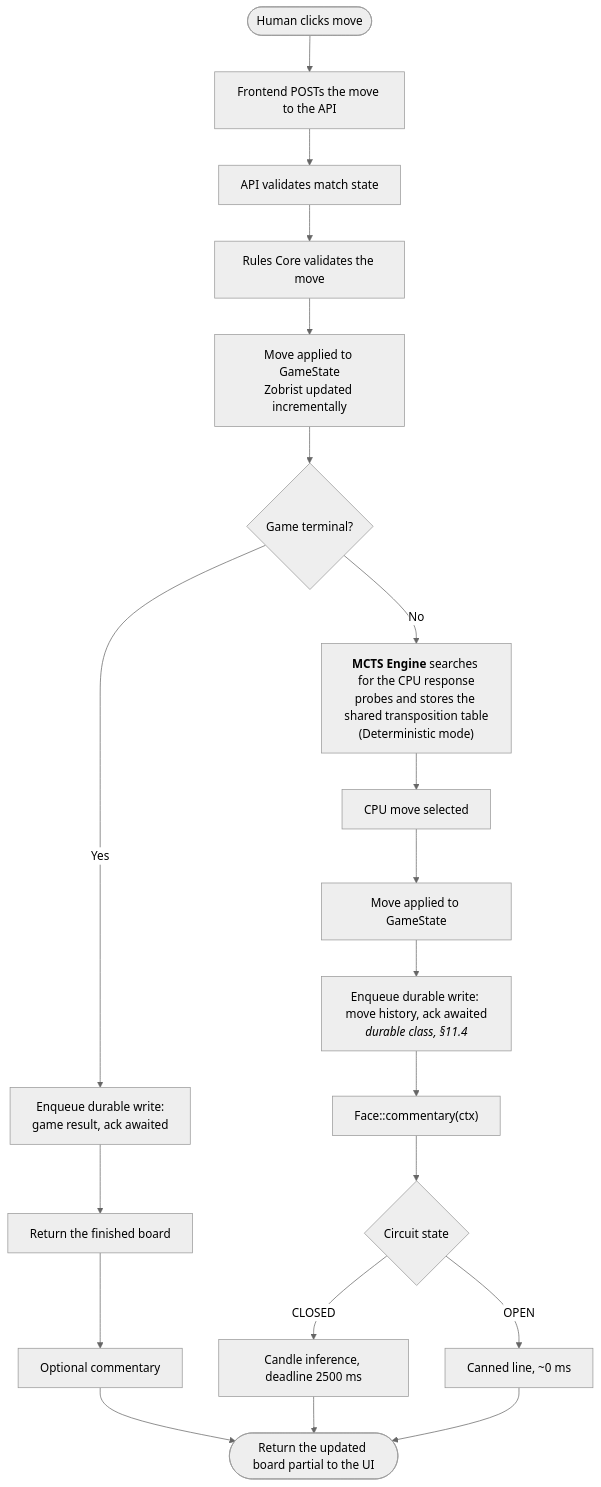
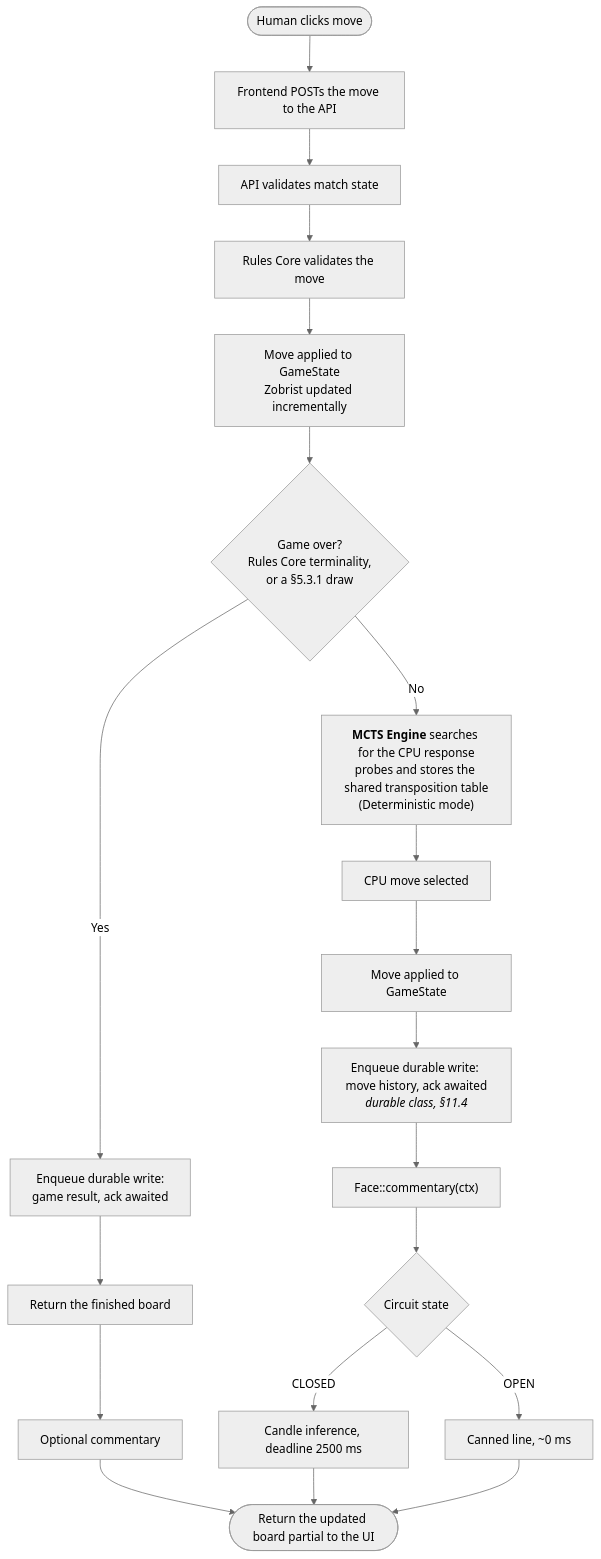
Before and after one commit to garnizeh/draughts: the first of 2 diagrams in docs/architecture/08-game-modes-and-flows.md, drawn with Mermaid (neutral theme). The commit also changed other lines of this file and 27 other files, not shown here.

````diff
--- a/docs/architecture/08-game-modes-and-flows.md
+++ b/docs/architecture/08-game-modes-and-flows.md
@@ -5,25 +5,25 @@
 ```mermaid
 flowchart TB
     A(["Human clicks move"]) --> B["Frontend POSTs the move to the API"]
     B --> C["API validates match state"]
     C --> D["Rules Core validates the move"]
     D --> E["Move applied to GameState<br/>Zobrist updated incrementally"]
-    E --> F{"Game terminal?"}
+    E --> F{"Game over?<br/>Rules Core terminality,<br/>or a §5.3.1 draw"}
 
     F -->|Yes| G1["Enqueue durable write:<br/>game result, ack awaited"]
     G1 --> G2["Return the finished board"]
     G2 --> G3["Optional commentary"]
     G3 --> Z
 
     F -->|No| H["<b>MCTS Engine</b> searches for the CPU response<br/>probes and stores the shared transposition table<br/>(Deterministic mode)"]
     H --> I["CPU move selected"]
     I --> J["Move applied to GameState"]
     J --> K["Enqueue durable write: move history, ack awaited<br/><i>durable class, §11.4</i>"]
     K --> L["Face::commentary(ctx)"]
     L --> M{"Circuit state"}
     M -->|CLOSED| N["Candle inference, deadline 2500 ms"]
     M -->|OPEN| O["Canned line, ~0 ms"]
     N --> Z
     O --> Z
     Z(["Return the updated board partial to the UI"])
 ```
````
